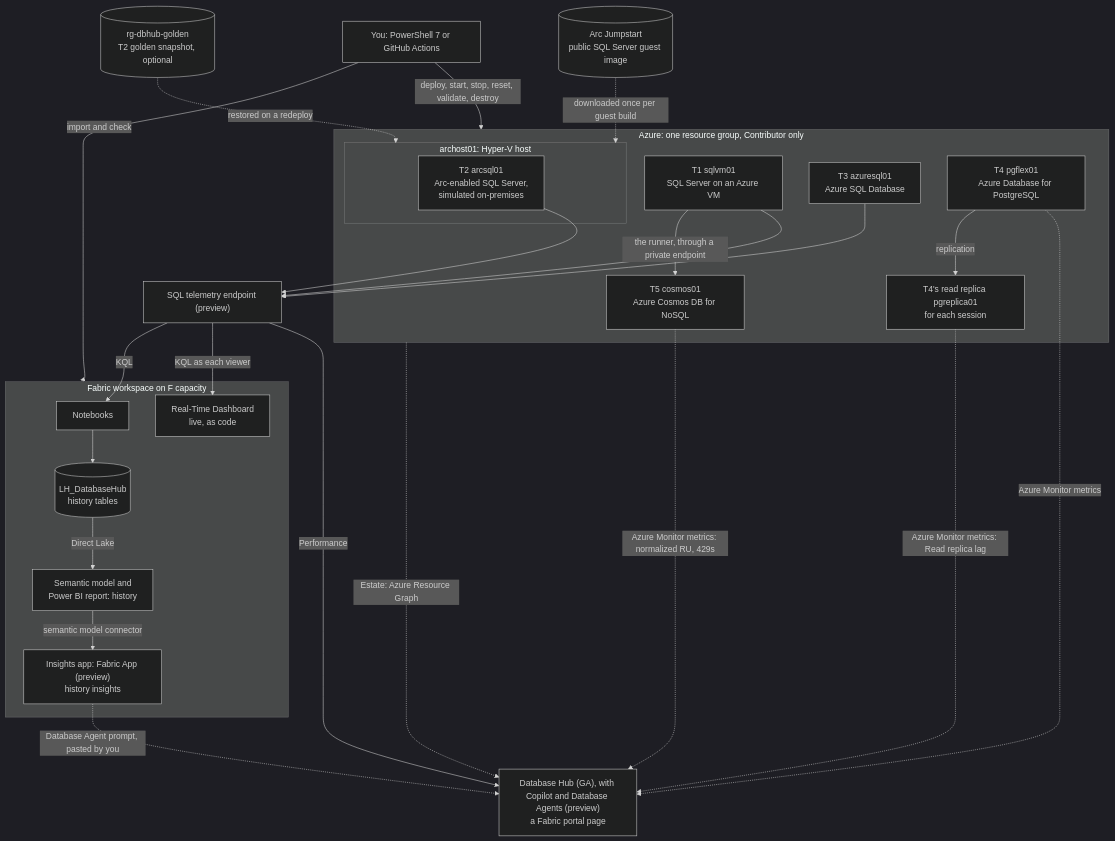
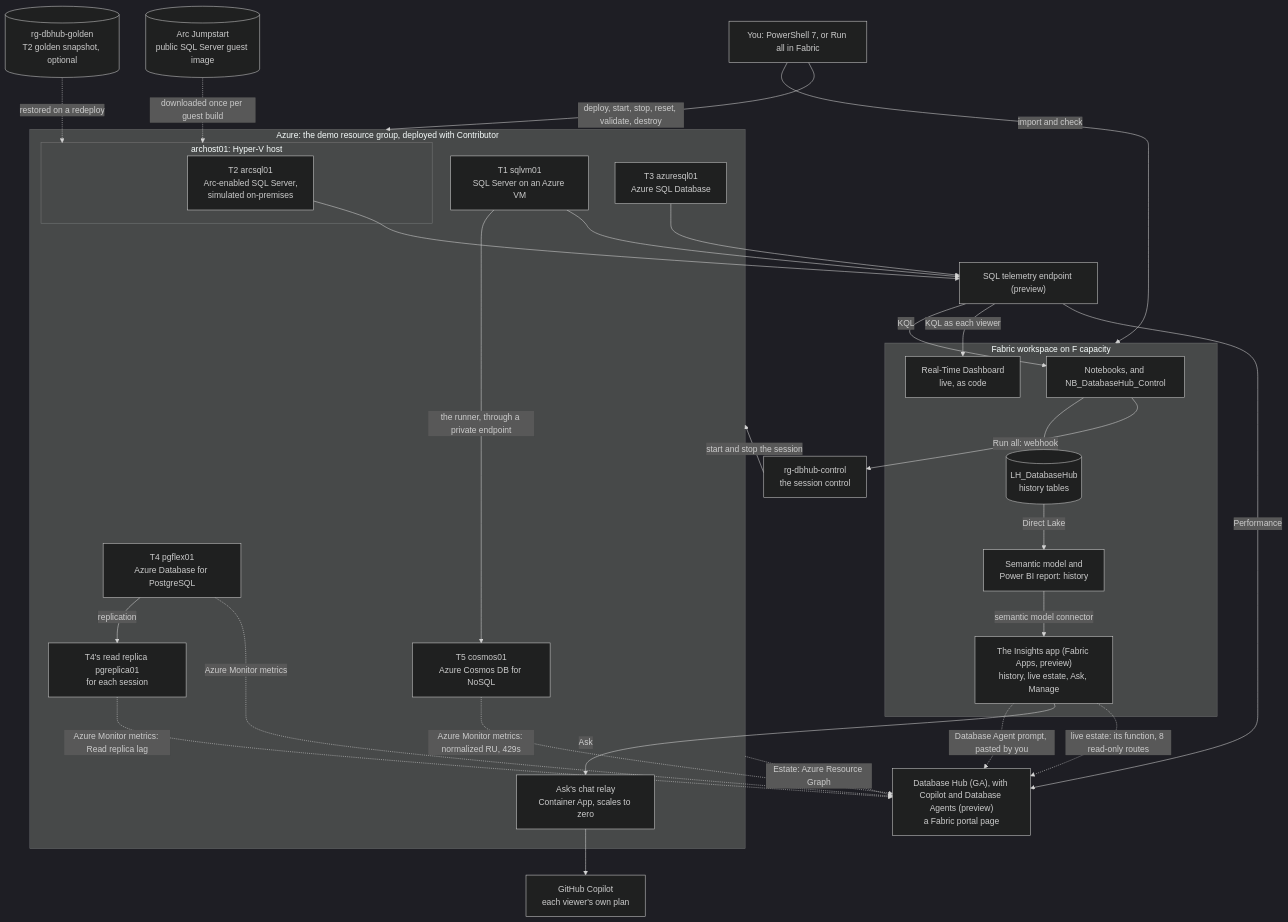
The second of 5 diagrams in docs/architecture.md (MarcBushong/fabric-database-hub-demo), drawn with Mermaid (dark theme) before and after one commit. The commit also changed other lines of this file and 3 other files, not shown here.

First line of the commit message:
docs: correctness pass for architecture, the automation matrix, references, and README follow-ups

````diff
--- a/docs/architecture.md
+++ b/docs/architecture.md
@@ -111,45 +125,53 @@
 ```mermaid
 flowchart TB
-  OP["You: PowerShell 7 or GitHub Actions"]
-  subgraph RG["Azure: one resource group, Contributor only"]
+  OP["You: PowerShell 7, or Run all in Fabric"]
+  subgraph RG["Azure: the demo resource group, deployed with Contributor"]
     T1["T1 sqlvm01<br/>SQL Server on an Azure VM"]
     subgraph HOST["archost01: Hyper-V host"]
       T2["T2 arcsql01<br/>Arc-enabled SQL Server,<br/>simulated on-premises"]
     end
     T3["T3 azuresql01<br/>Azure SQL Database"]
     T4["T4 pgflex01<br/>Azure Database for PostgreSQL"]
     T4R["T4's read replica pgreplica01<br/>for each session"]
     T5["T5 cosmos01<br/>Azure Cosmos DB for NoSQL"]
+    RELAY["Ask's chat relay<br/>Container App, scales to zero"]
   end
+  CTRL["rg-dbhub-control<br/>the session control"]
   GOLD[("rg-dbhub-golden<br/>T2 golden snapshot, optional")]
   JS[("Arc Jumpstart<br/>public SQL Server guest image")]
   TEL["SQL telemetry endpoint (preview)"]
   HUB["Database Hub (GA), with Copilot and Database Agents (preview)<br/>a Fabric portal page"]
+  GHC["GitHub Copilot<br/>each viewer's own plan"]
   subgraph WS["Fabric workspace on F capacity"]
-    NB["Notebooks"]
+    NB["Notebooks, and NB_DatabaseHub_Control"]
     LH[("LH_DatabaseHub<br/>history tables")]
     RTD["Real-Time Dashboard<br/>live, as code"]
     PBI["Semantic model and<br/>Power BI report: history"]
-    APP["Insights app: Fabric App (preview)<br/>history insights"]
+    APP["The Insights app (Fabric Apps, preview)<br/>history, live estate, Ask, Manage"]
   end
   OP -- "deploy, start, stop, reset, validate, destroy" --> RG
   OP -- "import and check" --> WS
+  NB -- "Run all: webhook" --> CTRL
+  CTRL -- "start and stop the session" --> RG
   JS -. "downloaded once per guest build" .-> HOST
   GOLD -. "restored on a redeploy" .-> HOST
   T1 --> TEL
   T2 --> TEL
   T3 --> TEL
   RG -. "Estate: Azure Resource Graph" .-> HUB
   TEL -- "Performance" --> HUB
   T4 -. "Azure Monitor metrics" .-> HUB
   T4 -- "replication" --> T4R
   T4R -. "Azure Monitor metrics: Read replica lag" .-> HUB
   T5 -. "Azure Monitor metrics: normalized RU, 429s" .-> HUB
   T1 -- "the runner, through a private endpoint" --> T5
   TEL -- "KQL as each viewer" --> RTD
   TEL -- "KQL" --> NB
   NB --> LH
   LH -- "Direct Lake" --> PBI
   PBI -- "semantic model connector" --> APP
+  APP -. "live estate: its function, 8 read-only routes" .-> HUB
+  APP -- "Ask" --> RELAY
+  RELAY --> GHC
   APP -. "Database Agent prompt, pasted by you" .-> HUB
 ```
````
